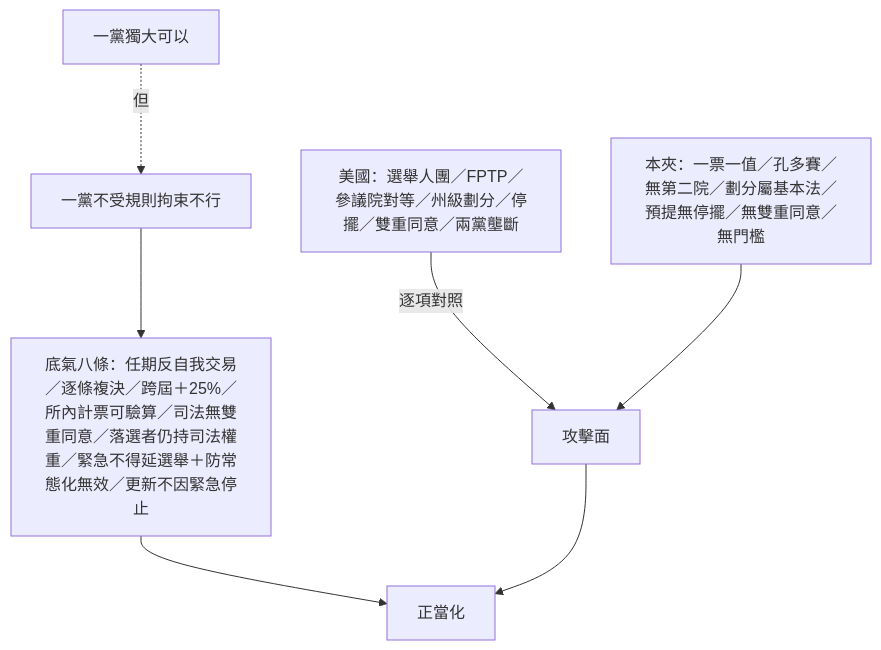
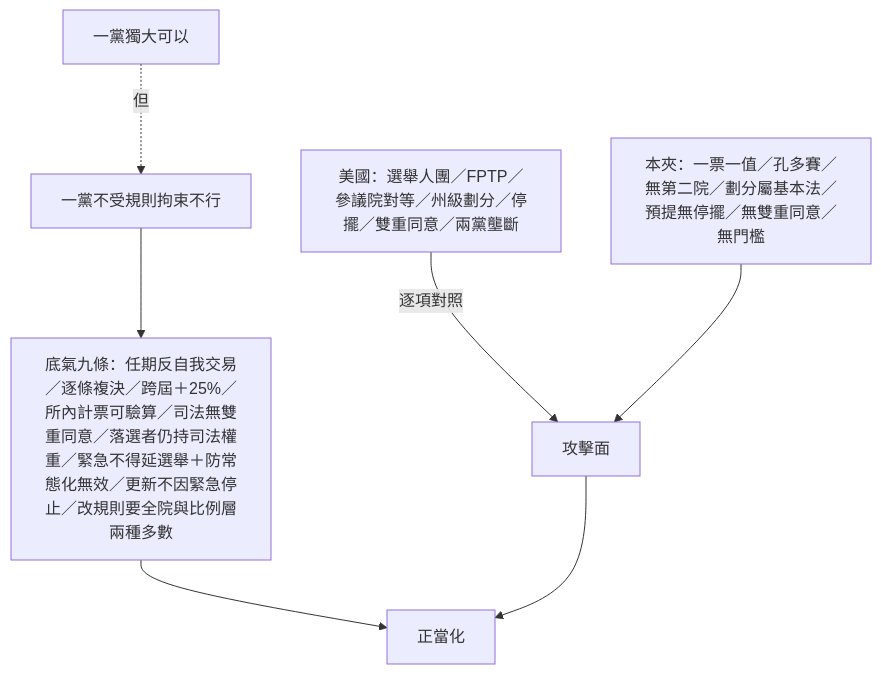
The tenth of 13 diagrams in topics/regime-designs/designs/俄羅斯/一院總統制/憲政架構圖.md (IRonROOT578/Political-Economy-Research-Public), drawn with Mermaid before and after one commit. The commit also changed other lines of this file and 241 other files, not shown here.

````diff
--- a/topics/regime-designs/designs/俄羅斯/一院總統制/憲政架構圖.md
+++ b/topics/regime-designs/designs/俄羅斯/一院總統制/憲政架構圖.md
@@ -130,12 +130,12 @@
 ```mermaid
 flowchart TD
   US[美國：選舉人團／FPTP／參議院對等／州級劃分／停擺／雙重同意／兩黨壟斷]
   Ours[本夾：一票一值／孔多賽／無第二院／劃分屬基本法／預提無停擺／無雙重同意／無門檻]
   US -->|逐項對照| Attack[攻擊面]
   Ours --> Attack
-  Self[底氣八條：任期反自我交易／逐條複決／跨屆＋25%／所內計票可驗算／司法無雙重同意／落選者仍持司法權重／緊急不得延選舉＋防常態化無效／更新不因緊急停止]
+  Self[底氣九條：任期反自我交易／逐條複決／跨屆＋25%／所內計票可驗算／司法無雙重同意／落選者仍持司法權重／緊急不得延選舉＋防常態化無效／更新不因緊急停止／改規則要全院與比例層兩種多數]
   Self --> Legit[正當化]
   Attack --> Legit
   One[一黨獨大可以] -.->|但| Rule[一黨不受規則拘束不行]
   Rule --> Self
 ```
````
